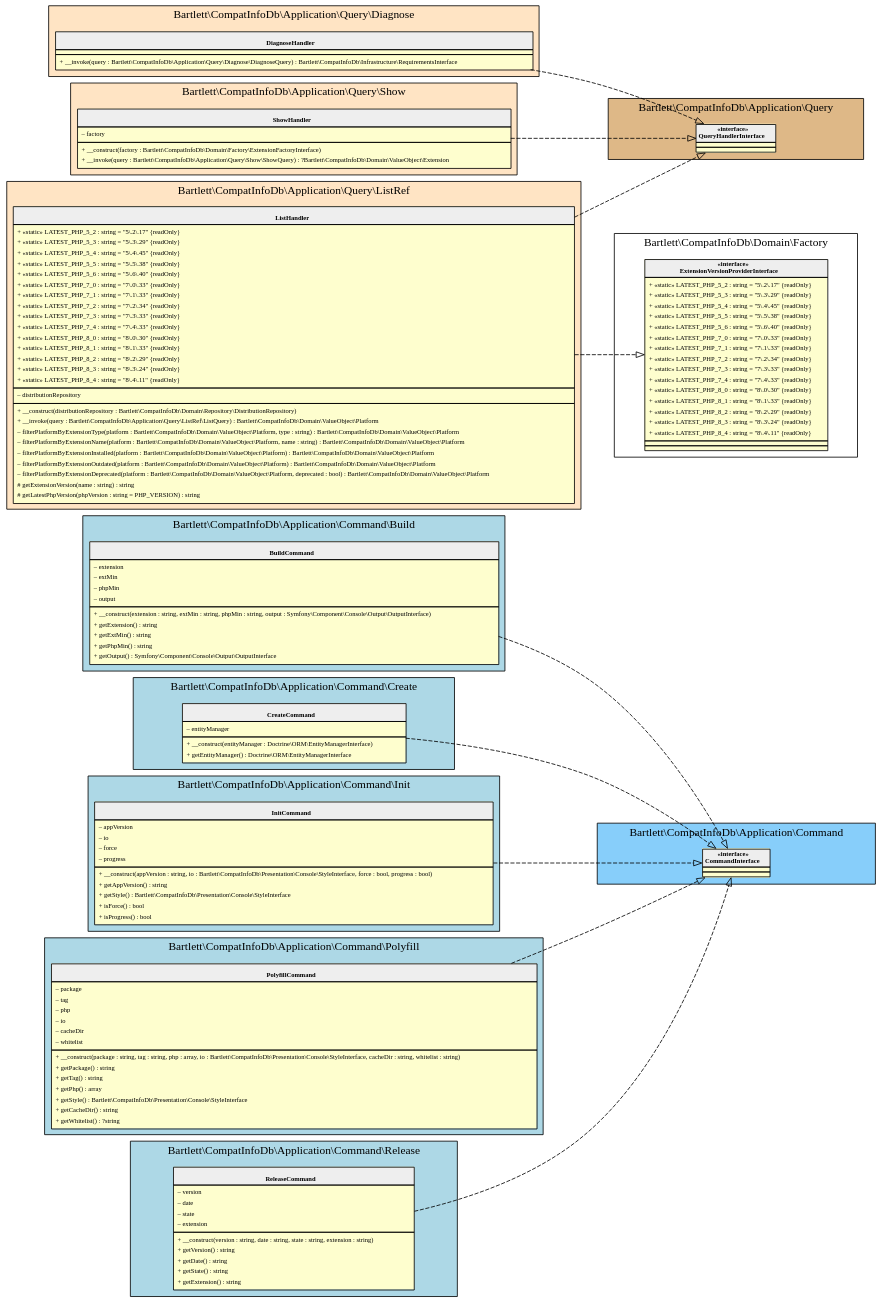
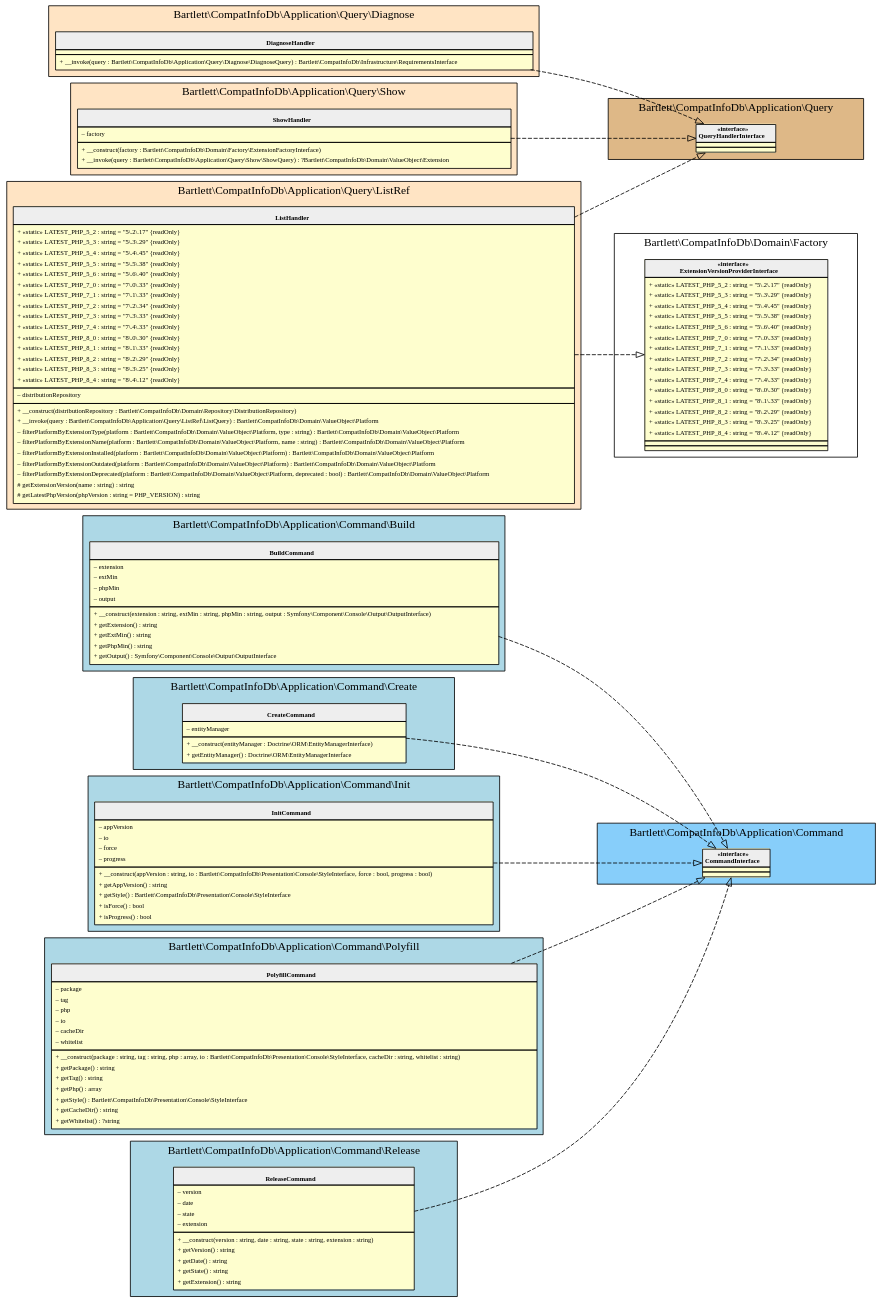
The diagram in 6.22/assets/images/command-line-runner_application.html.gv (llaville/php-compatinfo-db), drawn with Graphviz before and after one commit. The commit also changed 32 other files, not shown here.

```diff
--- a/6.22/assets/images/command-line-runner_application.html.gv
+++ b/6.22/assets/images/command-line-runner_application.html.gv
@@ -157,8 +157,8 @@
     <tr><td align="left">+ «static» LATEST_PHP_8_0 : string = "8\.0\.30" {readOnly}</td></tr>
     <tr><td align="left">+ «static» LATEST_PHP_8_1 : string = "8\.1\.33" {readOnly}</td></tr>
     <tr><td align="left">+ «static» LATEST_PHP_8_2 : string = "8\.2\.29" {readOnly}</td></tr>
-    <tr><td align="left">+ «static» LATEST_PHP_8_3 : string = "8\.3\.24" {readOnly}</td></tr>
-    <tr><td align="left">+ «static» LATEST_PHP_8_4 : string = "8\.4\.11" {readOnly}</td></tr>
+    <tr><td align="left">+ «static» LATEST_PHP_8_3 : string = "8\.3\.25" {readOnly}</td></tr>
+    <tr><td align="left">+ «static» LATEST_PHP_8_4 : string = "8\.4\.12" {readOnly}</td></tr>
 </table></td></tr>
     <tr><td><table border="0" cellspacing="0" cellpadding="2">
     <tr><td align="left">– distributionRepository</td></tr>
@@ -195,8 +195,8 @@
     <tr><td align="left">+ «static» LATEST_PHP_8_0 : string = "8\.0\.30" {readOnly}</td></tr>
     <tr><td align="left">+ «static» LATEST_PHP_8_1 : string = "8\.1\.33" {readOnly}</td></tr>
     <tr><td align="left">+ «static» LATEST_PHP_8_2 : string = "8\.2\.29" {readOnly}</td></tr>
-    <tr><td align="left">+ «static» LATEST_PHP_8_3 : string = "8\.3\.24" {readOnly}</td></tr>
-    <tr><td align="left">+ «static» LATEST_PHP_8_4 : string = "8\.4\.11" {readOnly}</td></tr>
+    <tr><td align="left">+ «static» LATEST_PHP_8_3 : string = "8\.3\.25" {readOnly}</td></tr>
+    <tr><td align="left">+ «static» LATEST_PHP_8_4 : string = "8\.4\.12" {readOnly}</td></tr>
 </table></td></tr>
     <tr><td></td></tr>
     <tr><td></td></tr>
```
